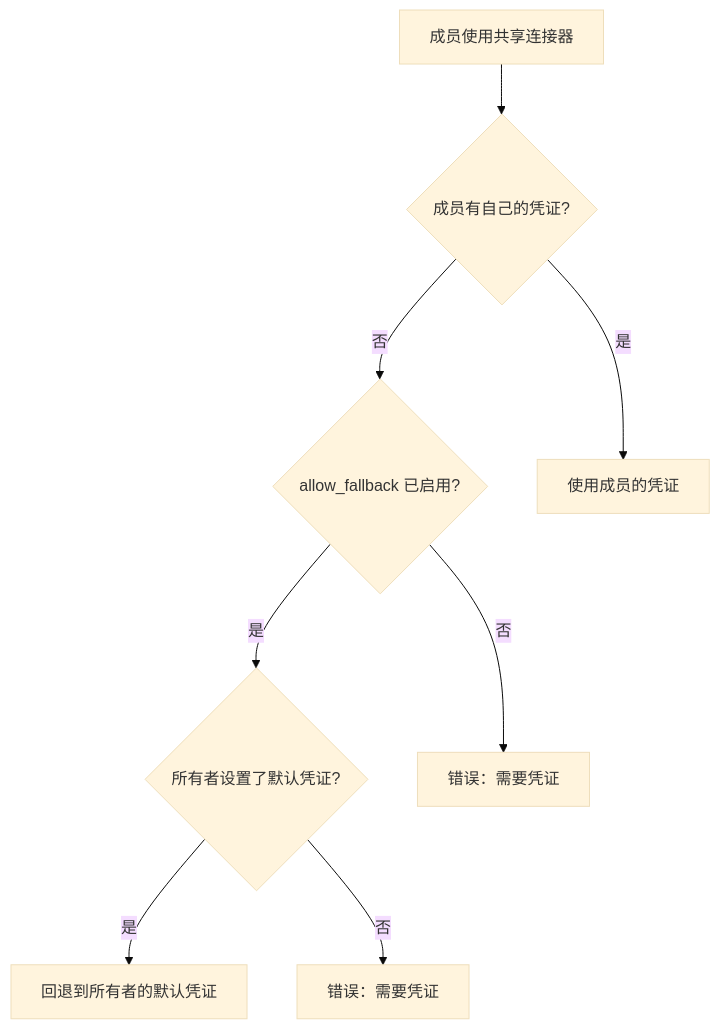
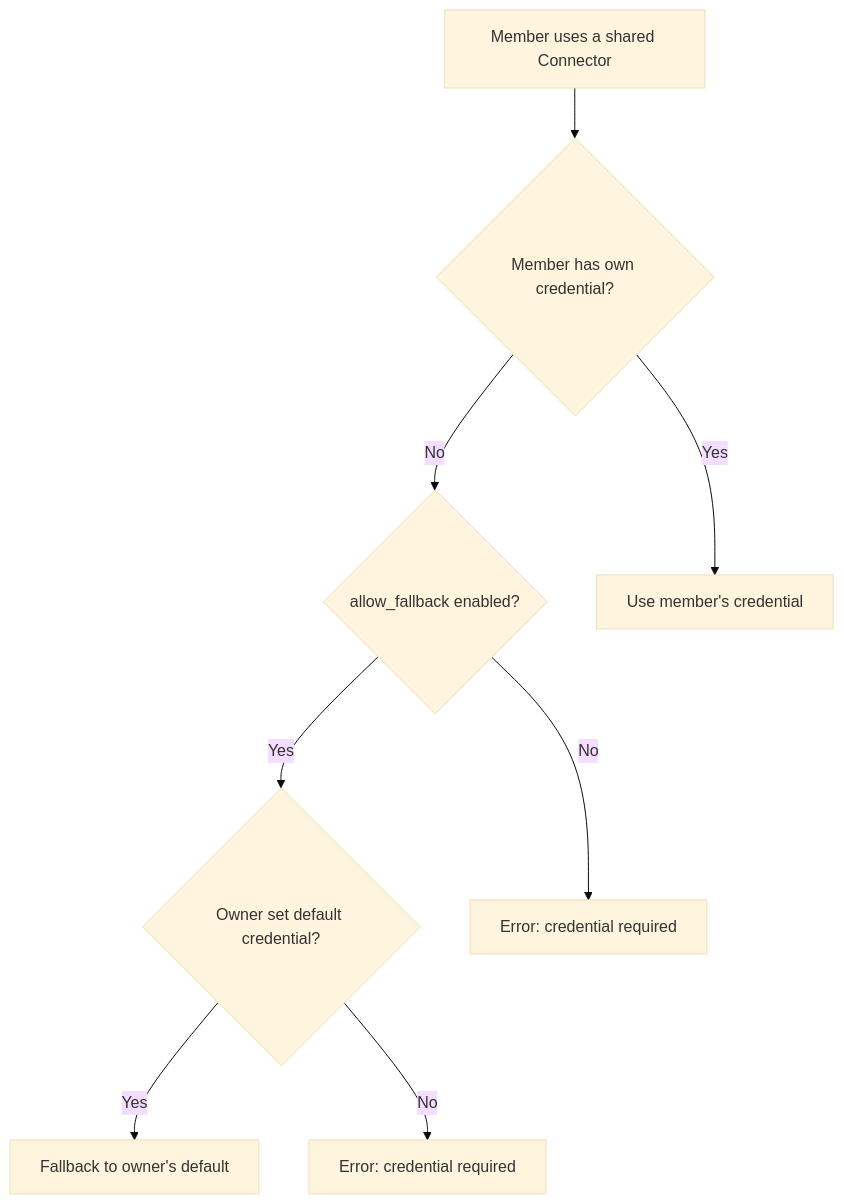
The third of 6 diagrams in docs/zh/architecture/organization.mdx (fim-ai/fim-one), drawn with Mermaid (base theme) before and after one commit. The commit also changed other lines of this file and 5 other files, not shown here.

````diff
--- a/docs/zh/architecture/organization.mdx
+++ b/docs/zh/architecture/organization.mdx
@@ -88,15 +88,15 @@
 ```mermaid
 flowchart TD
-    E["成员使用共享连接器"]
-    C1{"成员有自己的凭证?"}
-    C2{"allow_fallback 已启用?"}
-    C3{"所有者设置了默认凭证?"}
+    E["Member uses a shared Connector"]
+    C1{"Member has own credential?"}
+    C2{"allow_fallback enabled?"}
+    C3{"Owner set default credential?"}
 
     E --> C1
-    C1 -->|是| U["使用成员的凭证"]
-    C1 -->|否| C2
-    C2 -->|是| C3
-    C3 -->|是| F["回退到所有者的默认凭证"]
-    C3 -->|否| ERR["错误：需要凭证"]
-    C2 -->|否| ERR2["错误：需要凭证"]
+    C1 -->|Yes| U["Use member's credential"]
+    C1 -->|No| C2
+    C2 -->|Yes| C3
+    C3 -->|Yes| F["Fallback to owner's default"]
+    C3 -->|No| ERR["Error: credential required"]
+    C2 -->|No| ERR2["Error: credential required"]
 ```
````
